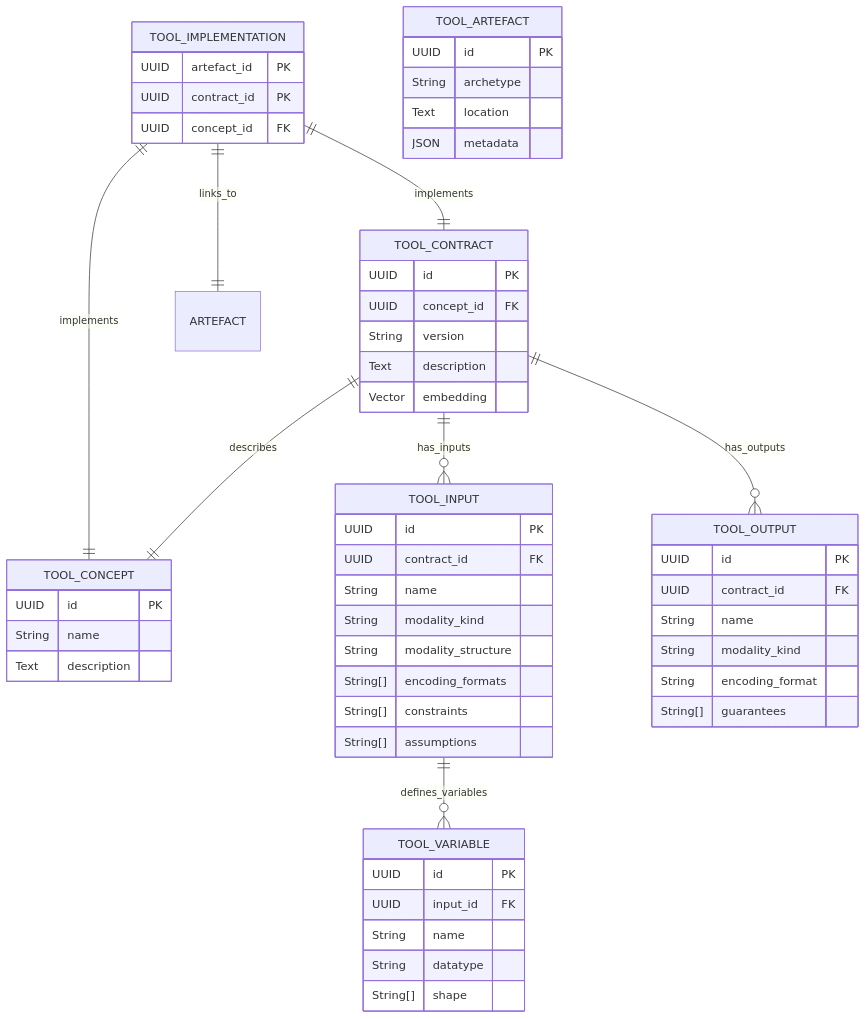
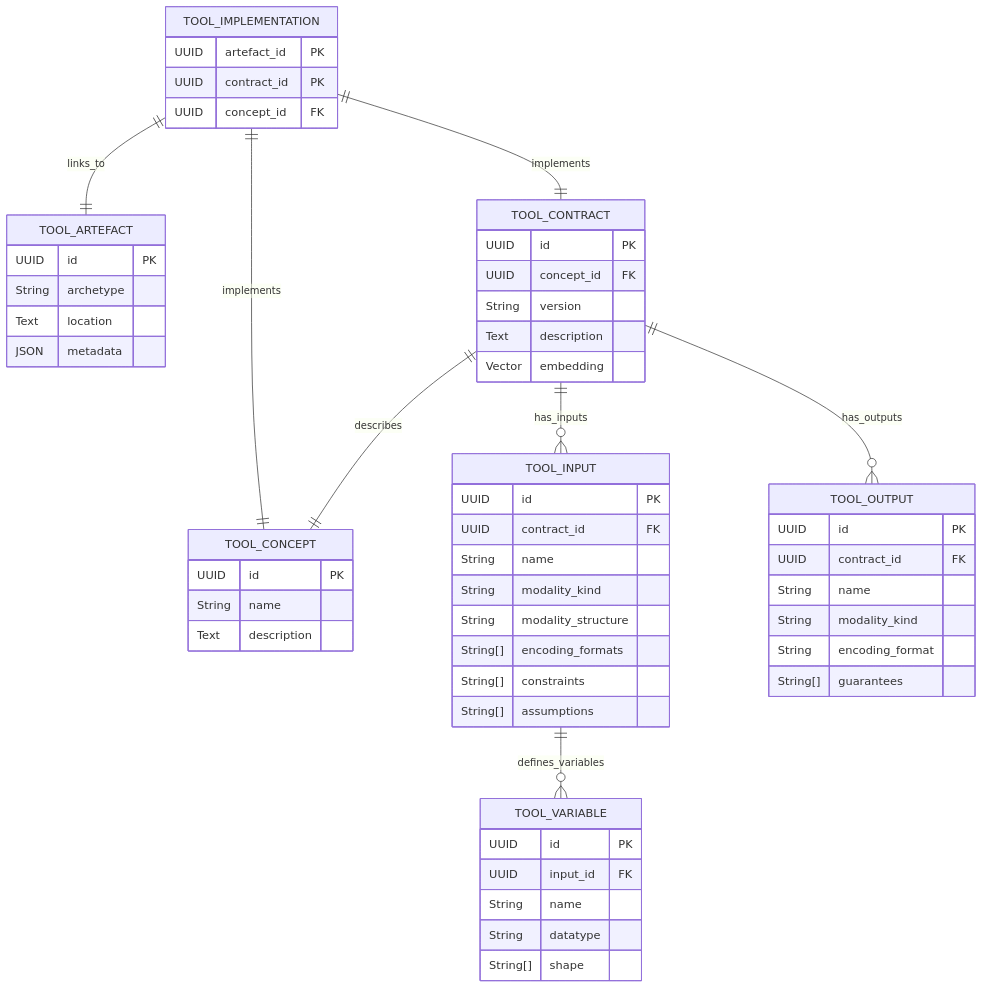
Before and after one commit to EOSC-Data-Commons/toolmeta-models: the diagram in README.md, drawn with Mermaid.

Commit message:
Adding ER Diagram

````diff
--- a/README.md
+++ b/README.md
@@ -6,71 +6,71 @@
 ```mermaid
 erDiagram
     %% Root table
     TOOL_IMPLEMENTATION {
         UUID artefact_id PK
         UUID contract_id PK
         UUID concept_id FK
     }
     
     %% Artefact table
    TOOL_ARTEFACT {
         UUID id PK
         String archetype
         Text location
         JSON metadata
     }
     
     %% Tool contract table
     TOOL_CONTRACT {
         UUID id PK
         UUID concept_id FK
         String version
         Text description
         Vector embedding
     }
     
     %% Tool concept table
     TOOL_CONCEPT {
         UUID id PK
         String name
         Text description
     }
     
     %% Inputs and outputs
     TOOL_INPUT {
         UUID id PK
         UUID contract_id FK
         String name
         String modality_kind
         String modality_structure
         String[] encoding_formats
         String[] constraints
         String[] assumptions
     }
     
     TOOL_VARIABLE {
         UUID id PK
         UUID input_id FK
         String name
         String datatype
         String[] shape
     }
     
     TOOL_OUTPUT {
         UUID id PK
         UUID contract_id FK
         String name
         String modality_kind
         String encoding_format
         String[] guarantees
     }
     
     %% Relationships
-    TOOL_IMPLEMENTATION ||--|| ARTEFACT : links_to
+    TOOL_IMPLEMENTATION ||--|| TOOL_ARTEFACT : links_to
     TOOL_IMPLEMENTATION ||--|| TOOL_CONTRACT : implements
     TOOL_IMPLEMENTATION ||--|| TOOL_CONCEPT : implements
     TOOL_CONTRACT ||--|| TOOL_CONCEPT : describes
     TOOL_CONTRACT ||--o{ TOOL_INPUT : has_inputs
     TOOL_CONTRACT ||--o{ TOOL_OUTPUT : has_outputs
     TOOL_INPUT ||--o{ TOOL_VARIABLE : defines_variables
 ```
````
